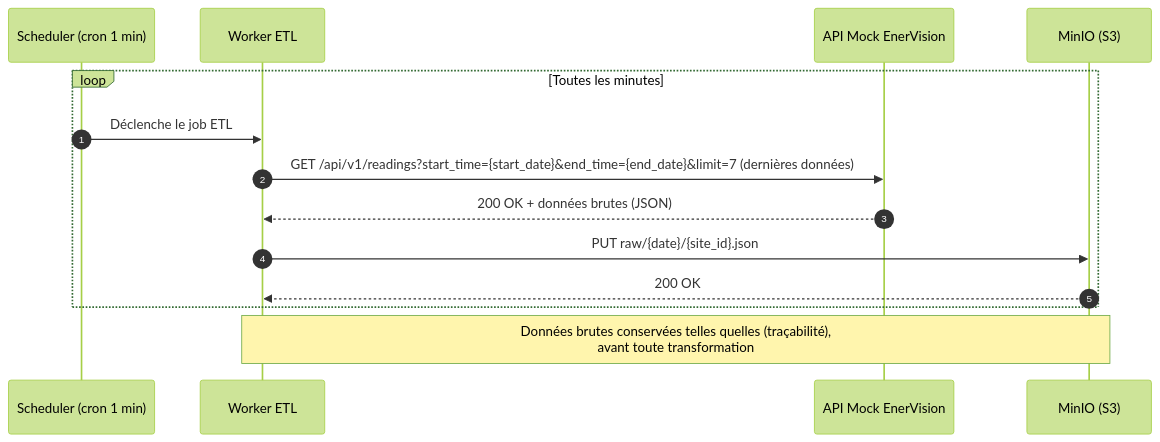
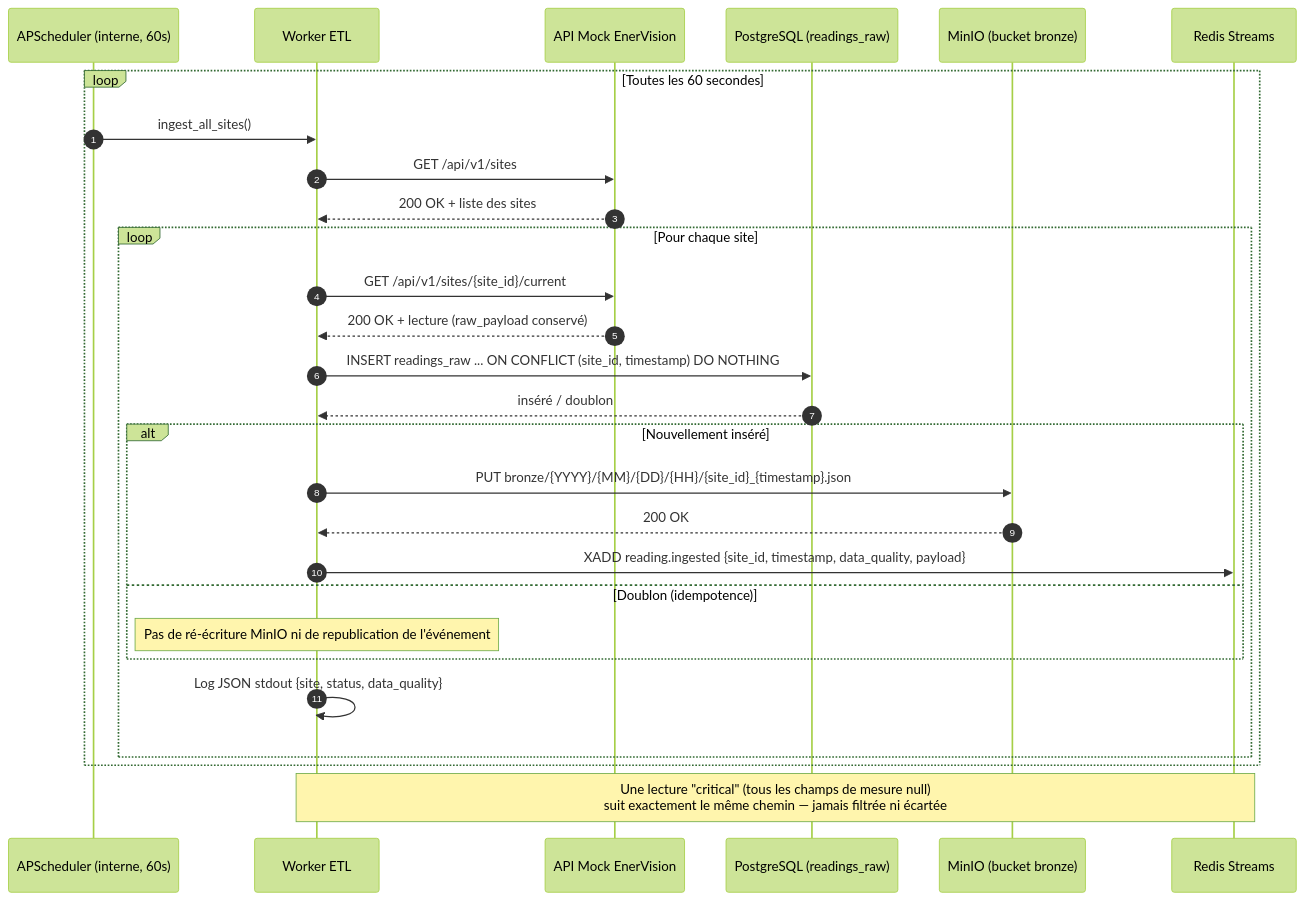
The first of 2 diagrams in docs/seq_etl.md (PetitPingu/EnerVision), drawn with Mermaid (forest theme) before and after one commit. The commit also changed other lines of this file and 2 other files, not shown here.

Commit message:
Adapter les schémas mermaid à l'implémentation réelle (#19)
Les diagrammes de docs/technical-documentation décrivaient un plan
antérieur au code : corrigés pour refléter ce qui existe vraiment.

- seq_etl.md : le worker interroge GET /api/v1/sites puis
  /sites/{id}/current (pas /readings?limit=7), écrit dans readings_raw
  avec ON CONFLICT DO NOTHING, dans le bucket bronze (pas raw/), et
  publie reading.ingested sur Redis Streams — entièrement absent du
  diagramme d'origine. Diagramme de transformation conservé mais requalifié
  en étape future distincte (l'ingestion actuelle écrit déjà directement
  dans readings_raw, pas de job de relecture MinIO séparé).
- archi_infra.md : ajout de Redis (service réel, absent du schéma).
- archi_database.md : SITES/READINGS utilisent la clé naturelle site_id
  (text, comme renvoyé par l'API mock), pas un UUID ; ajout de
  READINGS_RAW (table d'atterrissage réelle du worker) et ALERTS (existe
  via Alembic, absente du diagramme). USERS/PREDICTIONS/RECOMMENDATIONS
  laissées telles quelles, clairement marquées comme proposées/non
  implémentées.

````diff
--- a/docs/seq_etl.md
+++ b/docs/seq_etl.md
@@ -7,18 +13,32 @@
 ```mermaid
 sequenceDiagram
     autonumber
-    participant Cron as Scheduler (cron 1 min)
+    participant Scheduler as APScheduler (interne, 60s)
     participant Worker as Worker ETL
     participant Mock as API Mock EnerVision
-    participant MinIO as MinIO (S3)
- 
-    loop Toutes les minutes
-        Cron->>Worker: Déclenche le job ETL
-        Worker->>Mock: GET /api/v1/readings?start_time={start_date}&end_time={end_date}&limit=7 (dernières données)
-        Mock-->>Worker: 200 OK + données brutes (JSON)
-        Worker->>MinIO: PUT raw/{date}/{site_id}.json
-        MinIO-->>Worker: 200 OK
+    participant PG as PostgreSQL (readings_raw)
+    participant MinIO as MinIO (bucket bronze)
+    participant Redis as Redis Streams
+
+    loop Toutes les 60 secondes
+        Scheduler->>Worker: ingest_all_sites()
+        Worker->>Mock: GET /api/v1/sites
+        Mock-->>Worker: 200 OK + liste des sites
+        loop Pour chaque site
+            Worker->>Mock: GET /api/v1/sites/{site_id}/current
+            Mock-->>Worker: 200 OK + lecture (raw_payload conservé)
+            Worker->>PG: INSERT readings_raw ... ON CONFLICT (site_id, timestamp) DO NOTHING
+            PG-->>Worker: inséré / doublon
+            alt Nouvellement inséré
+                Worker->>MinIO: PUT bronze/{YYYY}/{MM}/{DD}/{HH}/{site_id}_{timestamp}.json
+                MinIO-->>Worker: 200 OK
+                Worker->>Redis: XADD reading.ingested {site_id, timestamp, data_quality, payload}
+            else Doublon (idempotence)
+                Note over Worker: Pas de ré-écriture MinIO ni de republication de l'événement
+            end
+            Worker->>Worker: Log JSON stdout {site, status, data_quality}
+        end
     end
- 
-    Note over Worker,MinIO: Données brutes conservées telles quelles (traçabilité),<br/>avant toute transformation
+
+    Note over Worker,Redis: Une lecture "critical" (tous les champs de mesure null)<br/>suit exactement le même chemin — jamais filtrée ni écartée
 ```
````
